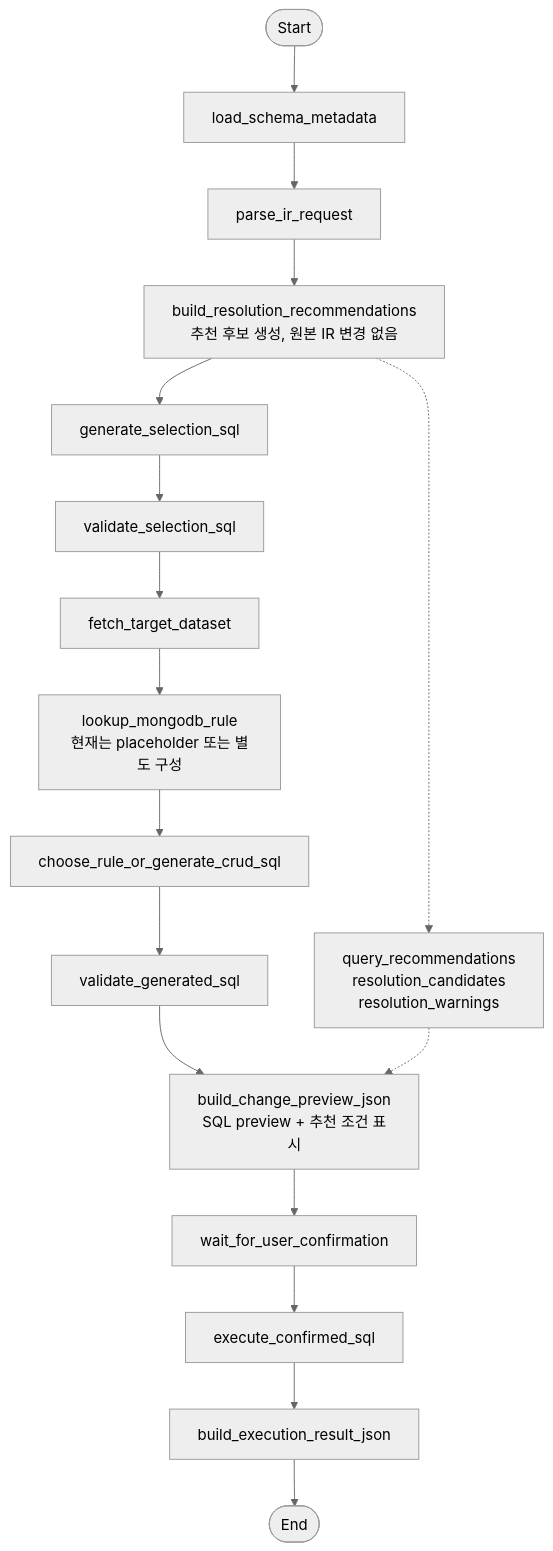
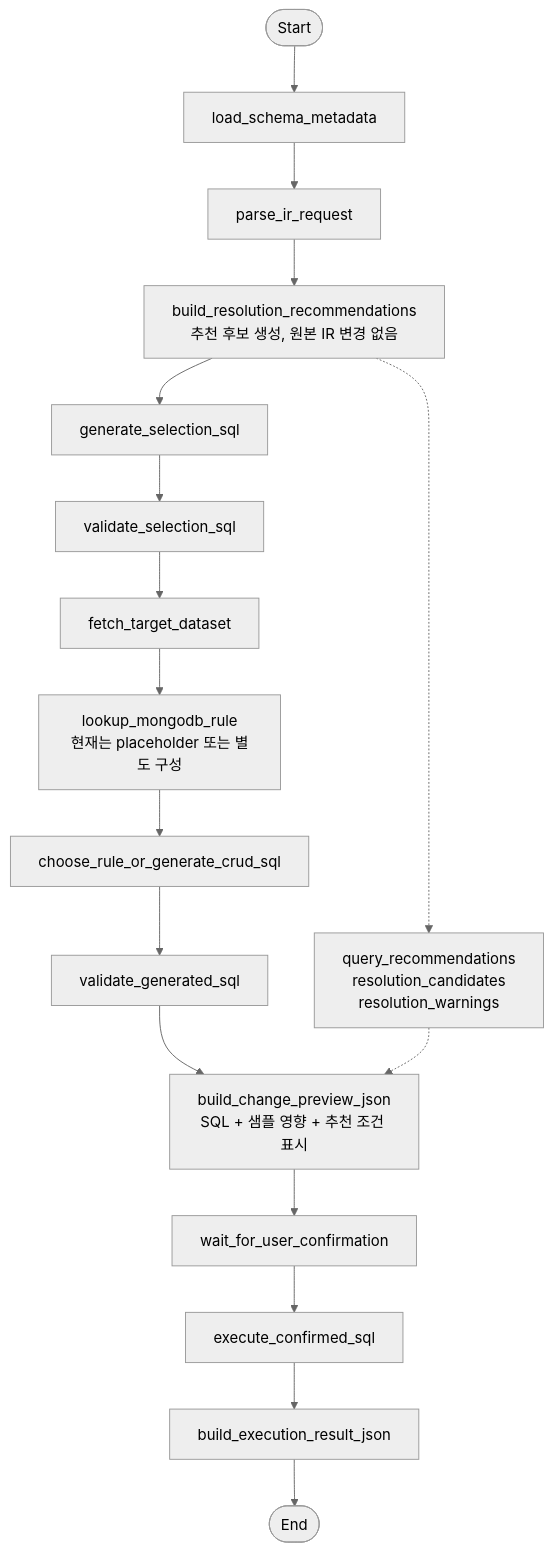
Before and after one commit to HRDI0/TextToSQL_by_localLLM: the first of 5 diagrams in docs/public/fuzzy_search_recommendation_architecture.md, drawn with Mermaid (neutral theme). The commit also changed other lines of this file and 25 other files, not shown here.

````diff
--- a/docs/public/fuzzy_search_recommendation_architecture.md
+++ b/docs/public/fuzzy_search_recommendation_architecture.md
@@ -19,23 +19,23 @@
 ```mermaid
 flowchart TD
     Start(["Start"])
     Load["load_schema_metadata"]
     Parse["parse_ir_request"]
     Recommend["build_resolution_recommendations\n추천 후보 생성, 원본 IR 변경 없음"]
     GenSel["generate_selection_sql"]
     ValSel["validate_selection_sql"]
     Fetch["fetch_target_dataset"]
     Rule["lookup_mongodb_rule\n현재는 placeholder 또는 별도 구성"]
     GenSql["choose_rule_or_generate_crud_sql"]
     ValSql["validate_generated_sql"]
-    Preview["build_change_preview_json\nSQL preview + 추천 조건 표시"]
+    Preview["build_change_preview_json\nSQL + 샘플 영향 + 추천 조건 표시"]
     Confirm["wait_for_user_confirmation"]
     Execute["execute_confirmed_sql"]
     Output["build_execution_result_json"]
     End(["End"])
 
     Start --> Load --> Parse --> Recommend --> GenSel --> ValSel --> Fetch --> Rule --> GenSql --> ValSql --> Preview --> Confirm --> Execute --> Output --> End
 
     Recommend -.-> RecState["query_recommendations\nresolution_candidates\nresolution_warnings"]
     RecState -.-> Preview
 ```
````
